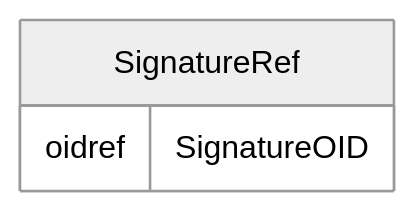
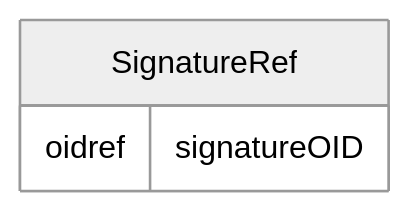
One commit to cdisc-org/DataExchange-ODM-LinkML changed the diagram in docs/SignatureRef.md. Above: the diagram before and after it, drawn with Mermaid (neutral theme). The commit also changed other lines of this file and 759 other files, not shown here.

````diff
--- a/docs/SignatureRef.md
+++ b/docs/SignatureRef.md
@@ -11,9 +11,9 @@
 ```mermaid
 erDiagram
 SignatureRef {
-    oidref SignatureOID  
+    oidref signatureOID  
 }
 
 
 
 ```
````
